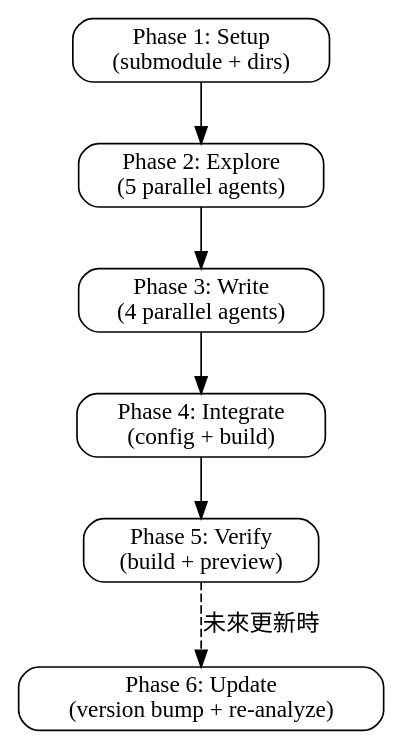
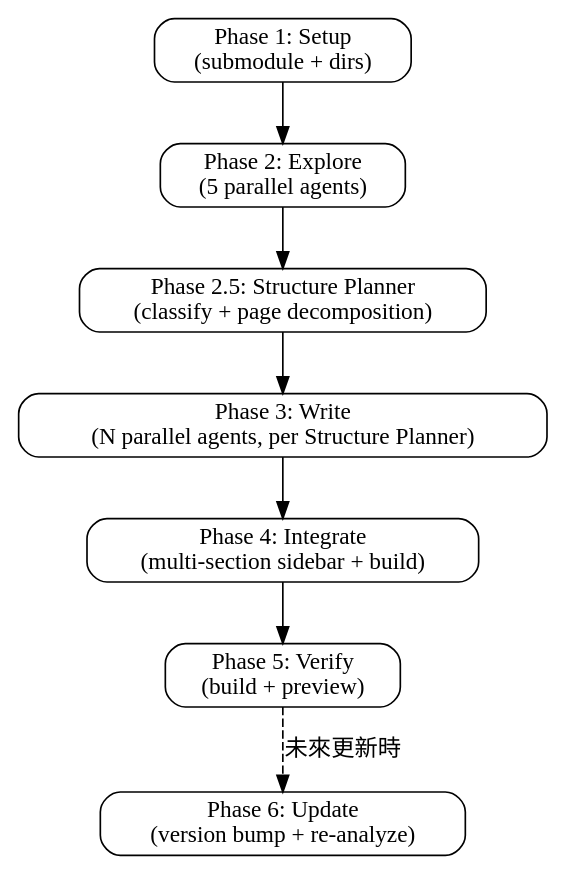
The first of 4 diagrams in skills/analyzing-source-code/SKILL.md (hwchiu/kubevirt-learning-site), drawn with Graphviz before and after one commit. The commit also changed other lines of this file and 18 other files, not shown here.

````diff
--- a/skills/analyzing-source-code/SKILL.md
+++ b/skills/analyzing-source-code/SKILL.md
@@ -29,16 +29,17 @@
 ```dot
 digraph workflow {
   rankdir=TB;
   node [shape=box, style=rounded];
 
   setup [label="Phase 1: Setup\n(submodule + dirs)"];
   explore [label="Phase 2: Explore\n(5 parallel agents)"];
-  write [label="Phase 3: Write\n(4 parallel agents)"];
-  integrate [label="Phase 4: Integrate\n(config + build)"];
+  plan [label="Phase 2.5: Structure Planner\n(classify + page decomposition)"];
+  write [label="Phase 3: Write\n(N parallel agents, per Structure Planner)"];
+  integrate [label="Phase 4: Integrate\n(multi-section sidebar + build)"];
   verify [label="Phase 5: Verify\n(build + preview)"];
   update [label="Phase 6: Update\n(version bump + re-analyze)"];
 
-  setup -> explore -> write -> integrate -> verify;
+  setup -> explore -> plan -> write -> integrate -> verify;
   verify -> update [label="未來更新時", style=dashed];
 }
 ```
````
